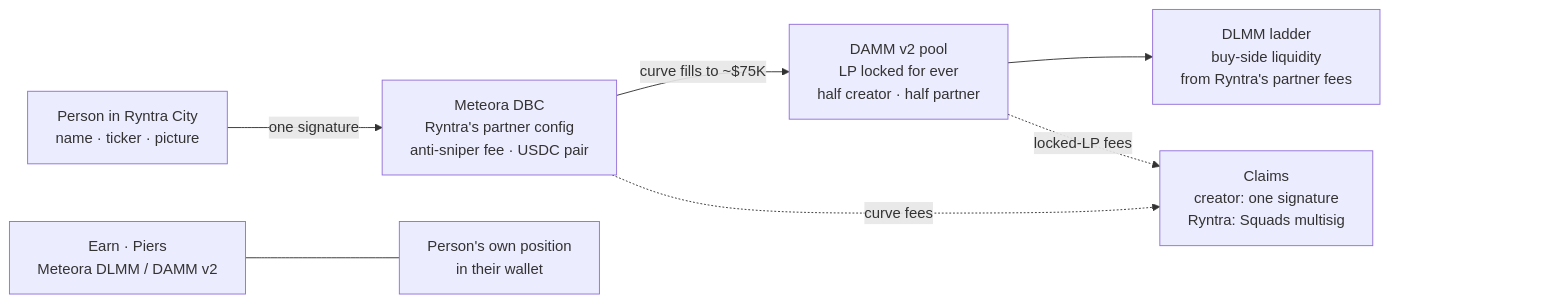
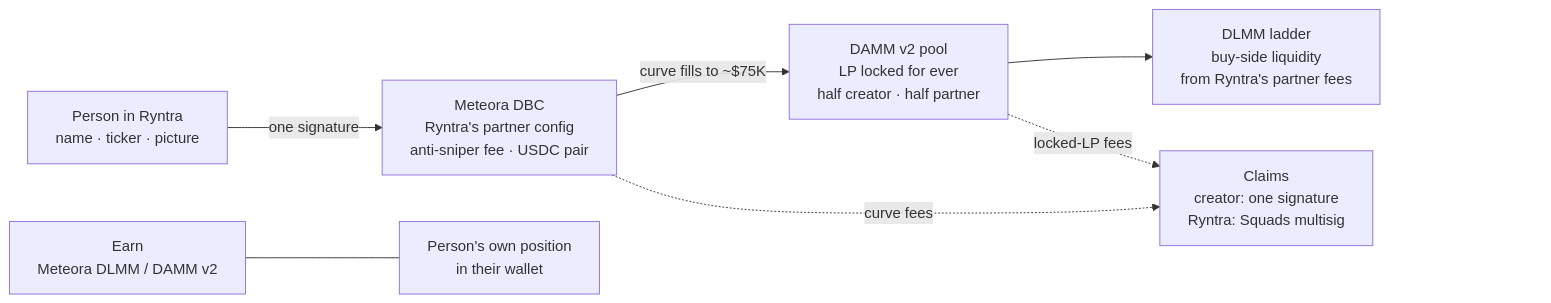
The first of 2 diagrams in METEORA.md (ryntra-io/ryntra-solana), drawn with Mermaid before and after one commit. The commit also changed other lines of this file and 465 other files, not shown here.

Commit message:
The terminal on ryntra.io, Meteora DLMM Pro launch, ladders and earning, and grants beside the code

````diff
--- a/METEORA.md
+++ b/METEORA.md
@@ -15,12 +17,12 @@
 ```mermaid
 flowchart LR
-  A["Person in Ryntra City<br/>name · ticker · picture"] -->|one signature| B["Meteora DBC<br/>Ryntra's partner config<br/>anti-sniper fee · USDC pair"]
+  A["Person in Ryntra<br/>name · ticker · picture"] -->|one signature| B["Meteora DBC<br/>Ryntra's partner config<br/>anti-sniper fee · USDC pair"]
   B -->|"curve fills to ~$75K"| C["DAMM v2 pool<br/>LP locked for ever<br/>half creator · half partner"]
   C --> D["DLMM ladder<br/>buy-side liquidity<br/>from Ryntra's partner fees"]
   B -.->|"curve fees"| E["Claims<br/>creator: one signature<br/>Ryntra: Squads multisig"]
   C -.->|"locked-LP fees"| E
-  F["Earn · Piers<br/>Meteora DLMM / DAMM v2"] --- G["Person's own position<br/>in their wallet"]
+  F["Earn<br/>Meteora DLMM / DAMM v2"] --- G["Person's own position<br/>in their wallet"]
   %% An empty column: GitHub draws its pan and zoom buttons over a diagram's bottom right corner.
   E ~~~ Z["#8195;#8195;#8195;#8195;"]
   style Z fill:none,stroke:none
 ```
````
